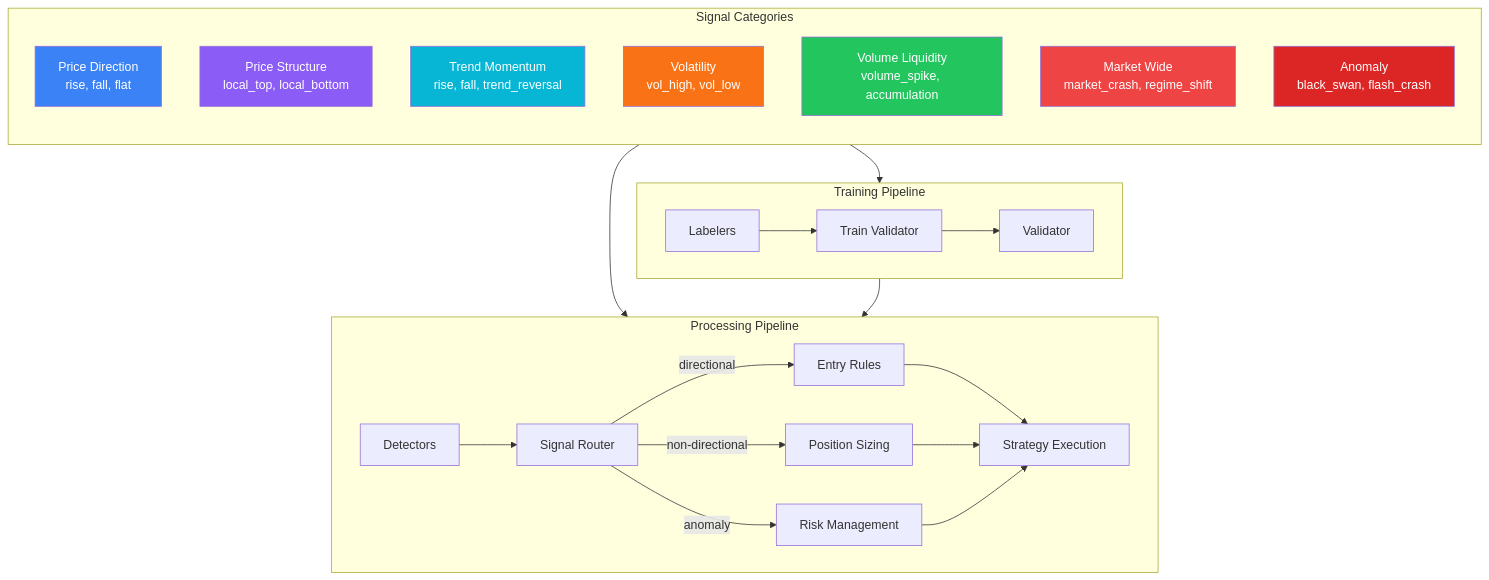
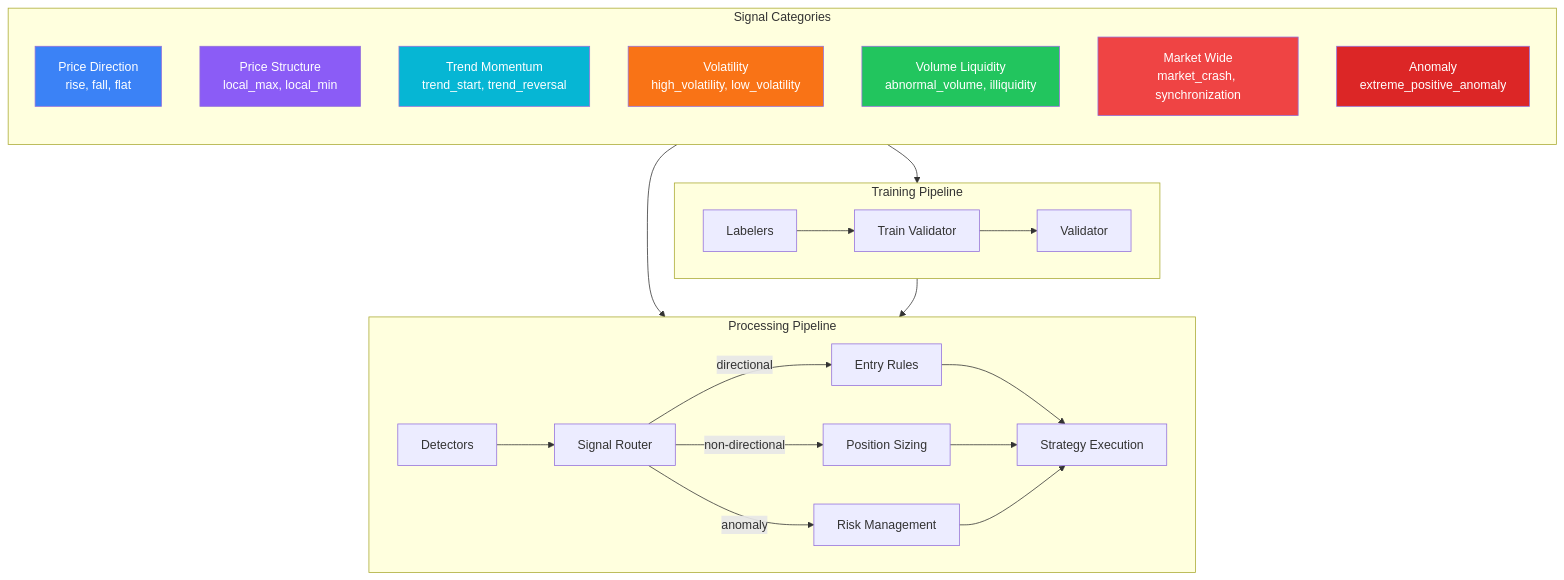
Before and after one commit to pathway2nothing/signalflow-trading: the third of 3 diagrams in docs/guide/signal-architecture.md, drawn with Mermaid. The commit also changed other lines of this file and 37 other files, not shown here.

````diff
--- a/docs/guide/signal-architecture.md
+++ b/docs/guide/signal-architecture.md
@@ -449,42 +474,42 @@
 ```mermaid
 flowchart TB
     subgraph Signals ["Signal Categories"]
         direction TB
         PD["Price Direction<br/>rise, fall, flat"]
-        PS["Price Structure<br/>local_top, local_bottom"]
-        TM["Trend Momentum<br/>rise, fall, trend_reversal"]
-        VOL["Volatility<br/>vol_high, vol_low"]
-        VL["Volume Liquidity<br/>volume_spike, accumulation"]
-        MW["Market Wide<br/>market_crash, regime_shift"]
-        AN["Anomaly<br/>black_swan, flash_crash"]
+        PS["Price Structure<br/>local_max, local_min"]
+        TM["Trend Momentum<br/>trend_start, trend_reversal"]
+        VOL["Volatility<br/>high_volatility, low_volatility"]
+        VL["Volume Liquidity<br/>abnormal_volume, illiquidity"]
+        MW["Market Wide<br/>market_crash, synchronization"]
+        AN["Anomaly<br/>extreme_positive_anomaly"]
     end
 
     subgraph Pipeline ["Processing Pipeline"]
         direction LR
         DET[Detectors] --> ROUTER[Signal Router]
         ROUTER --> |directional| ENTRY[Entry Rules]
         ROUTER --> |non-directional| SIZING[Position Sizing]
         ROUTER --> |anomaly| RISK[Risk Management]
         ENTRY --> EXEC[Strategy Execution]
         SIZING --> EXEC
         RISK --> EXEC
     end
 
     subgraph Training ["Training Pipeline"]
         direction LR
         LAB[Labelers] --> TRAIN[Train Validator]
         TRAIN --> VAL[Validator]
         VAL --> DET
     end
 
     Signals --> DET
     Signals --> LAB
 
     style PD fill:#3b82f6,color:#fff
     style PS fill:#8b5cf6,color:#fff
     style TM fill:#06b6d4,color:#fff
     style VOL fill:#f97316,color:#fff
     style VL fill:#22c55e,color:#fff
     style MW fill:#ef4444,color:#fff
     style AN fill:#dc2626,color:#fff
 ```
````
